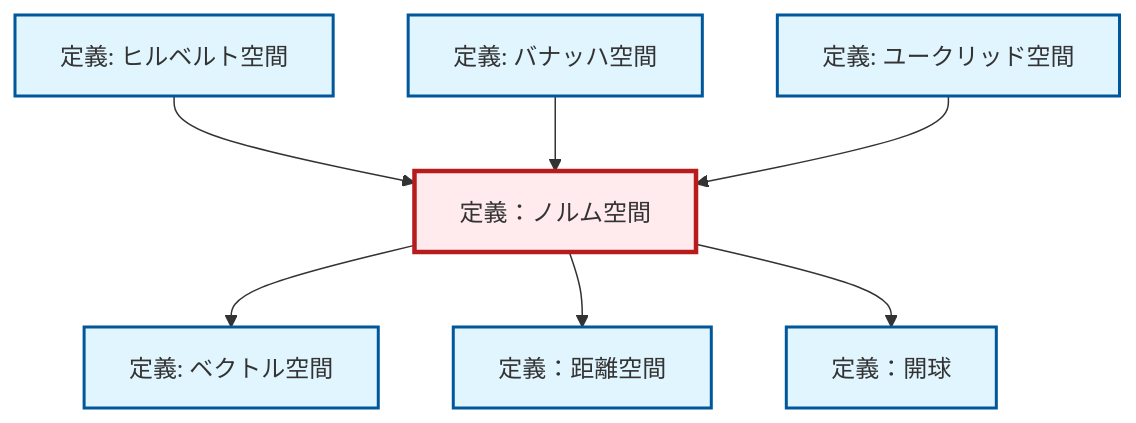
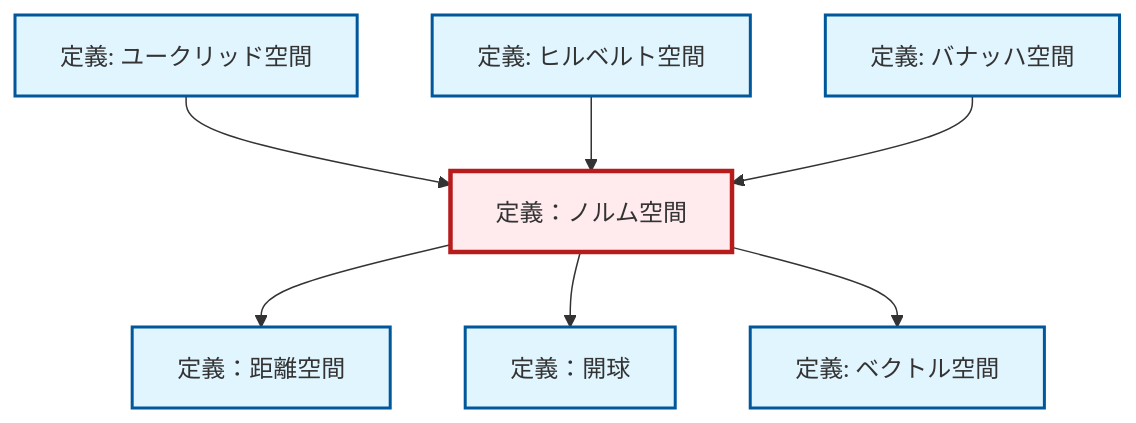
Before and after one commit to RK0429/ModernMath: the diagram in content/ja/analysis/def-normed-vector-space.qmd, drawn with Mermaid. The commit also changed other lines of this file and 1012 other files, not shown here.

````diff
--- a/content/ja/analysis/def-normed-vector-space.qmd
+++ b/content/ja/analysis/def-normed-vector-space.qmd
@@ -133,29 +133,29 @@
 ```{mermaid}
 %%| fig-cap: "Local dependency graph"
 graph TD
     classDef definition fill:#e1f5fe,stroke:#01579b,stroke-width:2px
     classDef theorem fill:#f3e5f5,stroke:#4a148c,stroke-width:2px
     classDef axiom fill:#fff3e0,stroke:#e65100,stroke-width:2px
     classDef example fill:#e8f5e9,stroke:#1b5e20,stroke-width:2px
     classDef current fill:#ffebee,stroke:#b71c1c,stroke-width:3px
+    def-vector-space["定義: ベクトル空間"]:::definition
     def-banach-space["定義: バナッハ空間"]:::definition
-    def-vector-space["定義: ベクトル空間"]:::definition
-    def-normed-vector-space["定義：ノルム空間"]:::definition
+    def-euclidean-space["定義: ユークリッド空間"]:::definition
+    def-open-ball["定義：開球"]:::definition
     def-metric-space["定義：距離空間"]:::definition
     def-hilbert-space["定義: ヒルベルト空間"]:::definition
-    def-open-ball["定義：開球"]:::definition
-    def-euclidean-space["定義: ユークリッド空間"]:::definition
+    def-normed-vector-space["定義：ノルム空間"]:::definition
+    def-normed-vector-space --> def-metric-space
+    def-normed-vector-space --> def-open-ball
+    def-euclidean-space --> def-normed-vector-space
     def-hilbert-space --> def-normed-vector-space
     def-normed-vector-space --> def-vector-space
     def-banach-space --> def-normed-vector-space
-    def-normed-vector-space --> def-metric-space
-    def-euclidean-space --> def-normed-vector-space
-    def-normed-vector-space --> def-open-ball
     class def-normed-vector-space current
+    click def-vector-space "def-vector-space.html" "ベクトル空間の定義へ"
     click def-banach-space "def-banach-space.html" "バナッハ空間の定義へ"
-    click def-vector-space "def-vector-space.html" "ベクトル空間の定義へ"
+    click def-euclidean-space "def-euclidean-space.html" "ユークリッド空間の定義へ"
+    click def-open-ball "def-open-ball.html" "定義：開球へ"
     click def-metric-space "def-metric-space.html" "定義：距離空間へ"
     click def-hilbert-space "def-hilbert-space.html" "ヒルベルト空間の定義へ"
-    click def-open-ball "def-open-ball.html" "定義：開球へ"
-    click def-euclidean-space "def-euclidean-space.html" "ユークリッド空間の定義へ"
 ```
````
